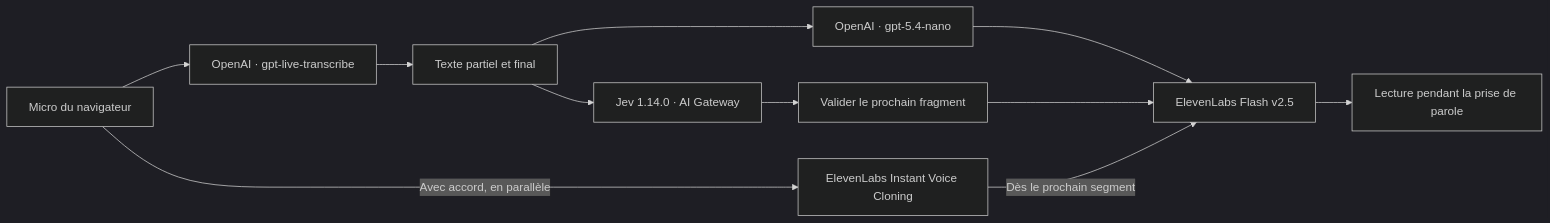
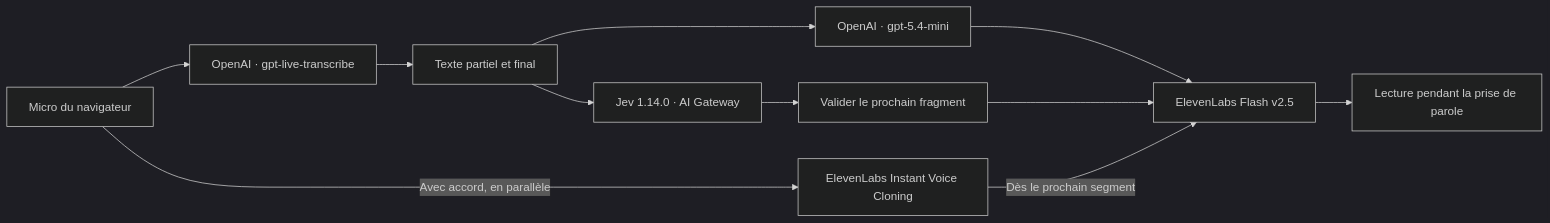
One commit to kevinrss01/interprete-live-v2 changed the diagram in README.md. Above: the diagram before and after it, drawn with Mermaid (dark theme). The commit also changed 20 other files, not shown here.

````diff
--- a/README.md
+++ b/README.md
@@ -43,13 +43,13 @@
 ```mermaid
 flowchart LR
   Micro[Micro du navigateur] --> ASR[OpenAI · gpt-live-transcribe]
   ASR --> Text[Texte partiel et final]
-  Text --> Translate[OpenAI · gpt-5.4-nano]
+  Text --> Translate[OpenAI · gpt-5.4-mini]
   Text --> Jev[Jev 1.14.0 · AI Gateway]
   Translate --> Speech[ElevenLabs Flash v2.5]
   Jev --> Buffer[Valider le prochain fragment]
   Buffer --> Speech
   Speech --> Audio[Lecture pendant la prise de parole]
   Micro -->|Avec accord, en parallèle| Clone[ElevenLabs Instant Voice Cloning]
   Clone -->|Dès le prochain segment| Speech
 ```
````
